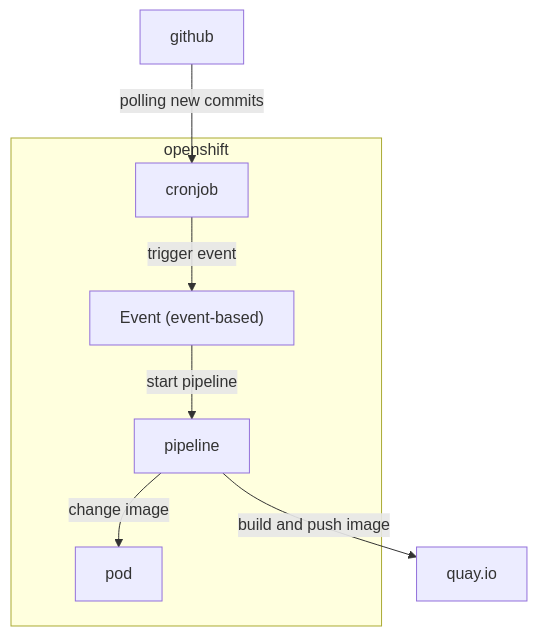
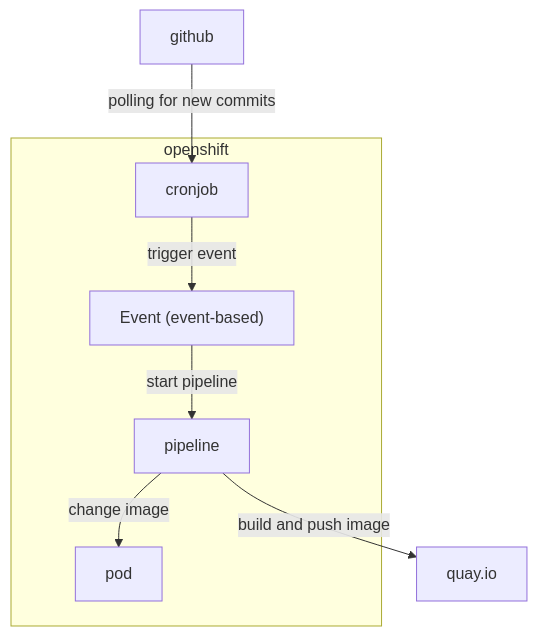
One commit to wangzheng422/docker_env changed the diagram in redhat/ocp4/4.18/2025.05.rhdh.github.md. Above: the diagram before and after it, drawn with Mermaid. The commit also changed other lines of this file, not shown here.

````diff
--- a/redhat/ocp4/4.18/2025.05.rhdh.github.md
+++ b/redhat/ocp4/4.18/2025.05.rhdh.github.md
@@ -28,16 +28,16 @@
 ```mermaid
 graph TD
     subgraph openshift
         cronjob["cronjob"]
         event["Event (event-based)"]
         pipeline["pipeline"]
         pod["pod"]
         cronjob --> |trigger event| event
         event --> |start pipeline| pipeline
         pipeline --> |change image| pod
     end
     github["github"]
     quayio["quay.io"]
-    github --> |polling new commits| cronjob
+    github --> |polling for new commits| cronjob
     pipeline --> |build and push image| quayio
 ```
````
